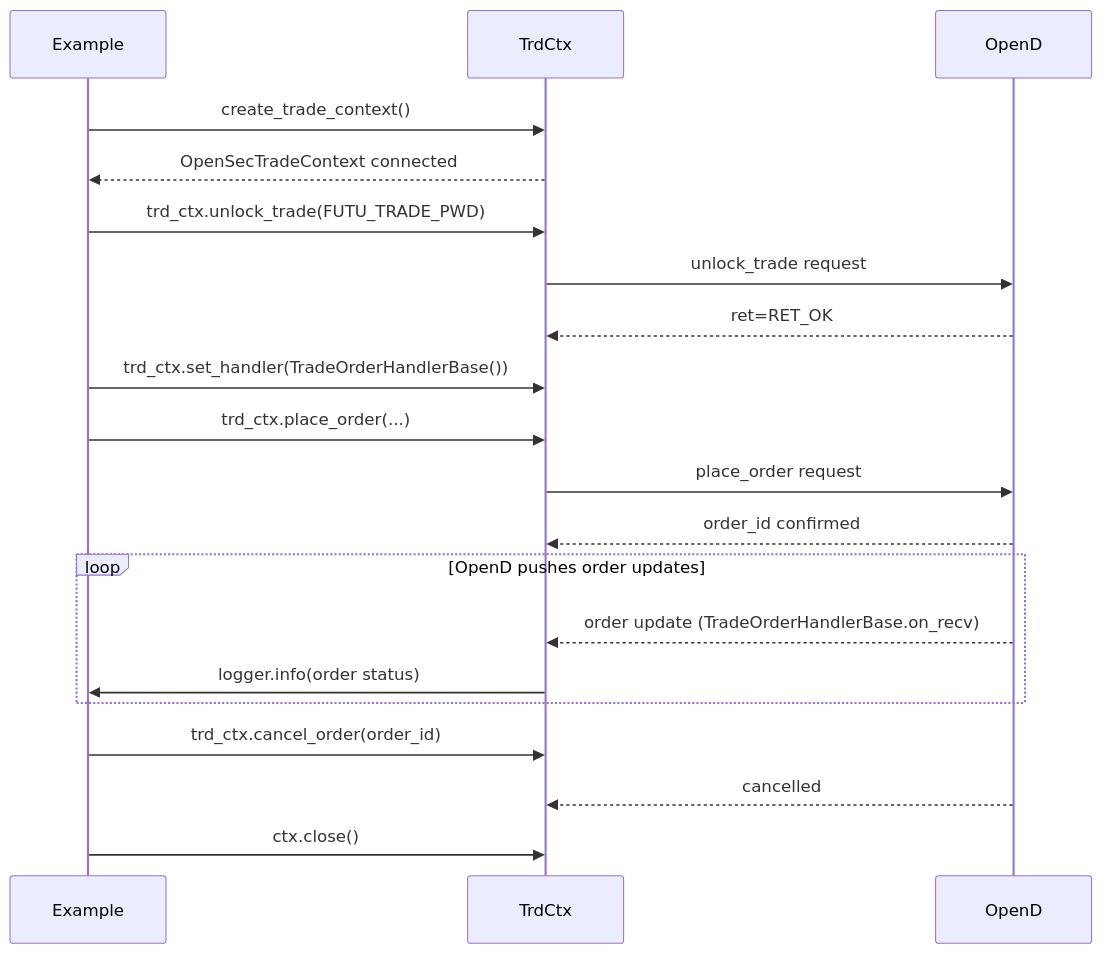
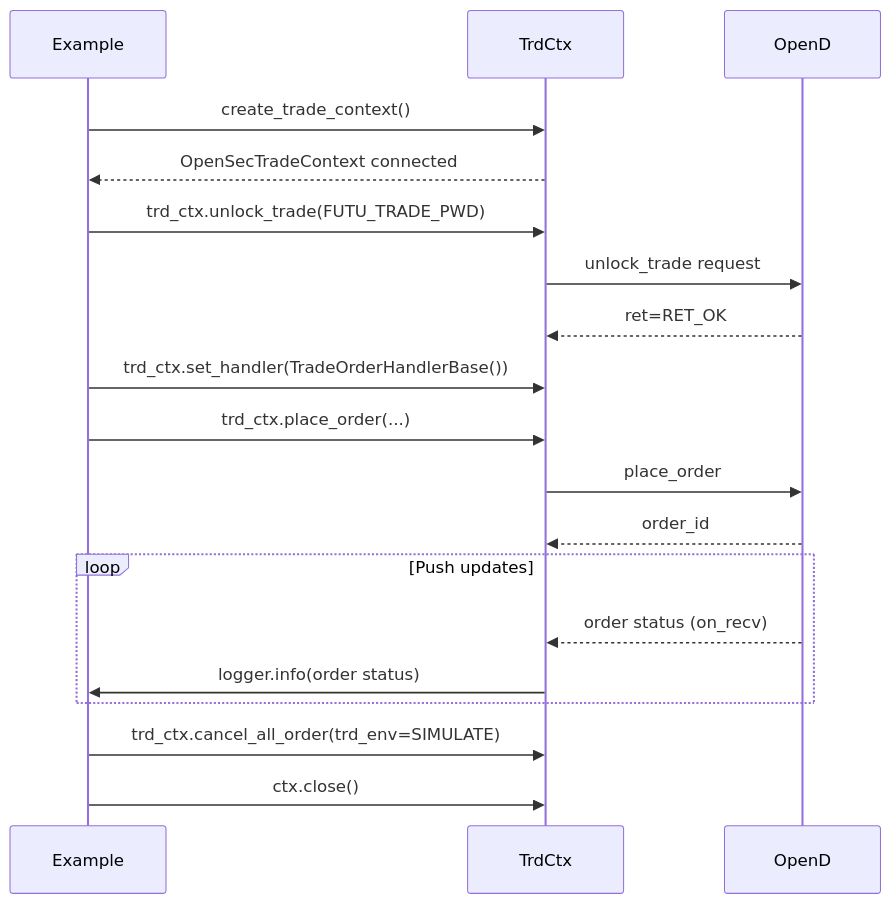
One commit to shing1211/futu-python-samples changed the fourth of 6 diagrams in ARCHITECTURE.md. Above: the diagram before and after it, drawn with Mermaid. The commit also changed other lines of this file, not shown here.

First line of the commit message:
docs: regenerate ARCHITECTURE.md from GitNexus knowledge graph

````diff
--- a/ARCHITECTURE.md
+++ b/ARCHITECTURE.md
@@ -250,23 +406,22 @@
 ```mermaid
 sequenceDiagram
     participant Example
     participant TrdCtx
     participant OpenD
 
     Example->>TrdCtx: create_trade_context()
     TrdCtx-->>Example: OpenSecTradeContext connected
     Example->>TrdCtx: trd_ctx.unlock_trade(FUTU_TRADE_PWD)
     TrdCtx->>OpenD: unlock_trade request
     OpenD-->>TrdCtx: ret=RET_OK
     Example->>TrdCtx: trd_ctx.set_handler(TradeOrderHandlerBase())
     Example->>TrdCtx: trd_ctx.place_order(...)
-    TrdCtx->>OpenD: place_order request
-    OpenD-->>TrdCtx: order_id confirmed
-    loop OpenD pushes order updates
-        OpenD-->>TrdCtx: order update (TradeOrderHandlerBase.on_recv)
+    TrdCtx->>OpenD: place_order
+    OpenD-->>TrdCtx: order_id
+    loop Push updates
+        OpenD-->>TrdCtx: order status (on_recv)
         TrdCtx->>Example: logger.info(order status)
     end
-    Example->>TrdCtx: trd_ctx.cancel_order(order_id)
-    OpenD-->>TrdCtx: cancelled
+    Example->>TrdCtx: trd_ctx.cancel_all_order(trd_env=SIMULATE)
     Example->>TrdCtx: ctx.close()
 ```
````
